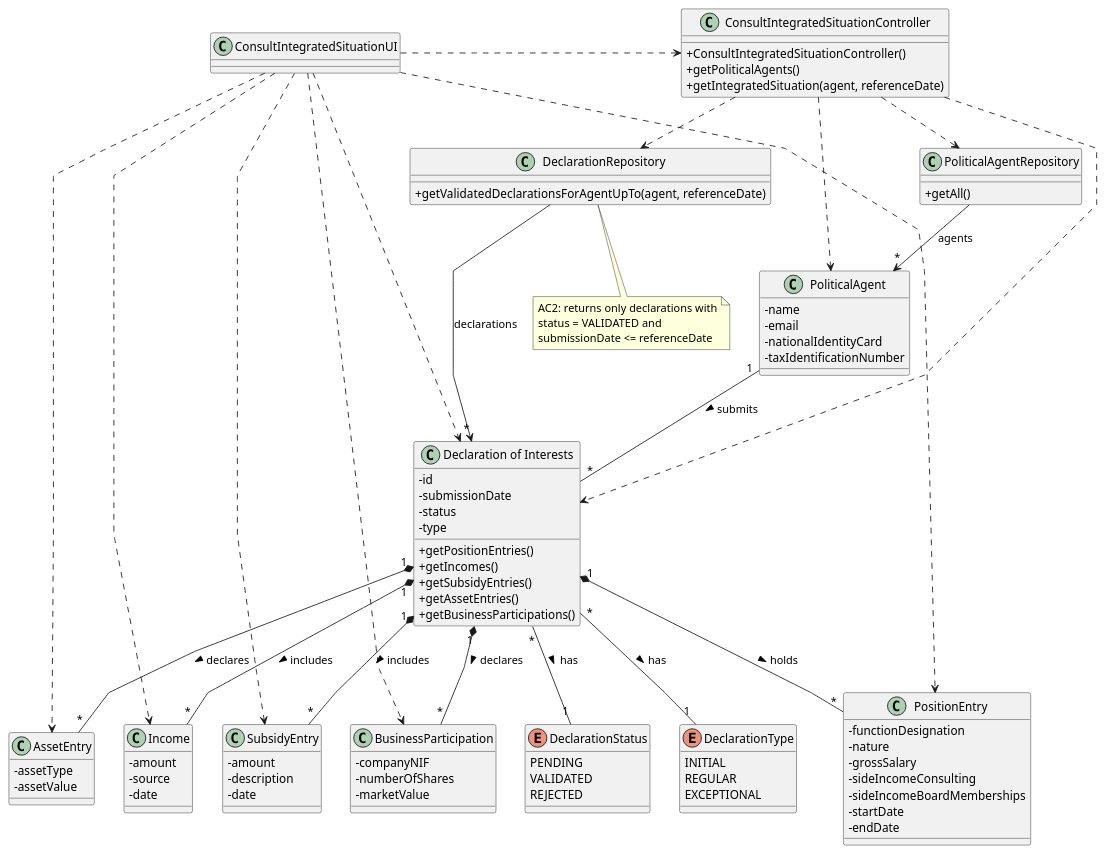
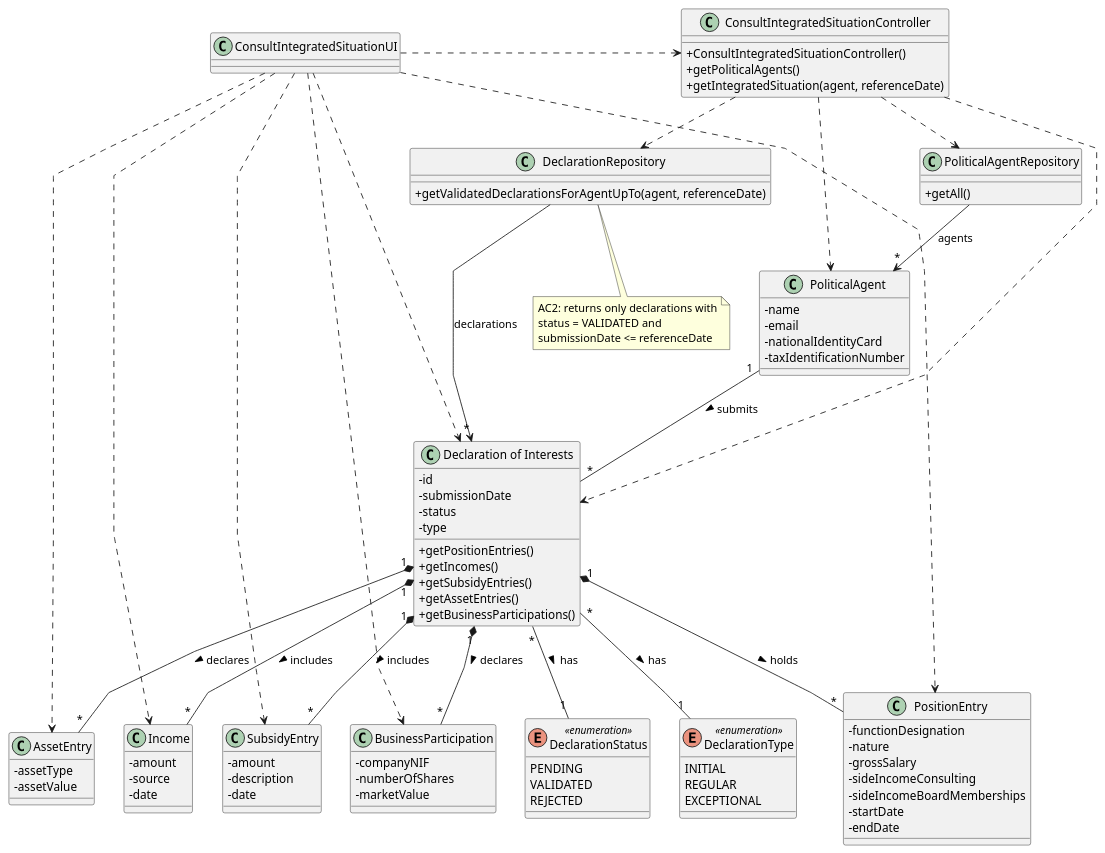
One commit to brunodspinto/crystal-clear-platform changed the diagram in docs/system-documentation/US09/03.design/puml/US09-CD.puml. Above: the diagram before and after it, drawn with PlantUML. The commit also changed 5 other files, not shown here.

Commit message:
Clarifications on class diagrams 09, 10 and 11

```diff
--- a/docs/system-documentation/US09/03.design/puml/US09-CD.puml
+++ b/docs/system-documentation/US09/03.design/puml/US09-CD.puml
@@ -1,120 +1,120 @@
 @startuml US09-CD
 skinparam packageStyle rectangle
 skinparam shadowing false
 skinparam linetype polyline
 skinparam classAttributeIconSize 0
 
 class ConsultIntegratedSituationUI {
 }
 
 class ConsultIntegratedSituationController {
     + ConsultIntegratedSituationController()
     + getPoliticalAgents()
     + getIntegratedSituation(agent, referenceDate)
 }
 
 class PoliticalAgentRepository {
     + getAll()
 }
 
 class DeclarationRepository {
     + getValidatedDeclarationsForAgentUpTo(agent, referenceDate)
 }
 
 class PoliticalAgent {
     - name
     - email
     - nationalIdentityCard
     - taxIdentificationNumber
 }
 
 class "Declaration of Interests" as Declaration {
     - id
     - submissionDate
     - status
     - type
     + getPositionEntries()
     + getIncomes()
     + getSubsidyEntries()
     + getAssetEntries()
     + getBusinessParticipations()
 }
 
-enum DeclarationStatus {
+enum DeclarationStatus <<enumeration>> {
     PENDING
     VALIDATED
     REJECTED
 }
 
-enum DeclarationType {
+enum DeclarationType <<enumeration>> {
     INITIAL
     REGULAR
     EXCEPTIONAL
 }
 
 class PositionEntry {
     - functionDesignation
     - nature
     - grossSalary
     - sideIncomeConsulting
     - sideIncomeBoardMemberships
     - startDate
     - endDate
 }
 
 class Income {
     - amount
     - source
     - date
 }
 
 class SubsidyEntry {
     - amount
     - description
     - date
 }
 
 class AssetEntry {
     - assetType
     - assetValue
 }
 
 class BusinessParticipation {
     - companyNIF
     - numberOfShares
     - marketValue
 }
 
 ConsultIntegratedSituationUI .> ConsultIntegratedSituationController
 
 ConsultIntegratedSituationController ..> PoliticalAgentRepository
 ConsultIntegratedSituationController ..> DeclarationRepository
 ConsultIntegratedSituationController ..> PoliticalAgent
 ConsultIntegratedSituationController ..> Declaration
 
 ConsultIntegratedSituationUI ..> Declaration
 ConsultIntegratedSituationUI ..> PositionEntry
 ConsultIntegratedSituationUI ..> Income
 ConsultIntegratedSituationUI ..> SubsidyEntry
 ConsultIntegratedSituationUI ..> AssetEntry
 ConsultIntegratedSituationUI ..> BusinessParticipation
 
 PoliticalAgentRepository --> "*" PoliticalAgent : agents
 DeclarationRepository --> "*" Declaration : declarations
 
 PoliticalAgent "1" -- "*" Declaration : submits >
 Declaration "*" -- "1" DeclarationStatus : has >
 Declaration "*" -- "1" DeclarationType : has >
 Declaration "1" *-- "*" PositionEntry : holds >
 Declaration "1" *-- "*" Income : includes >
 Declaration "1" *-- "*" SubsidyEntry : includes >
 Declaration "1" *-- "*" AssetEntry : declares >
 Declaration "1" *-- "*" BusinessParticipation : declares >
 
 note bottom of DeclarationRepository
     AC2: returns only declarations with
     status = VALIDATED and
     submissionDate <= referenceDate
 end note
 
 @enduml
```
